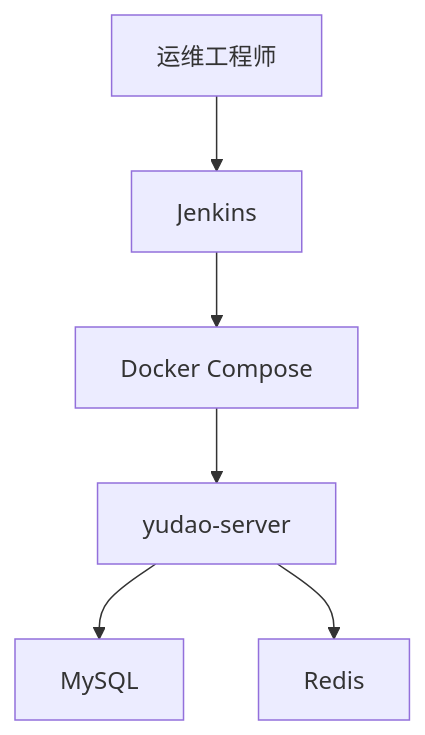
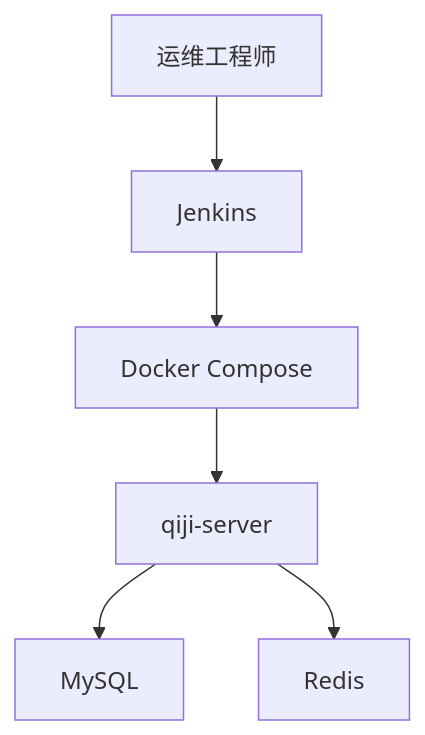
One commit to zhuangpengLI/AgenticCPS changed the second of 5 diagrams in backend/.qoder/repowiki/zh/content/部署与运维/运维管理.md. Above: the diagram before and after it, drawn with Mermaid. The commit also changed other lines of this file and 3489 other files, not shown here.

````diff
--- a/backend/.qoder/repowiki/zh/content/部署与运维/运维管理.md
+++ b/backend/.qoder/repowiki/zh/content/部署与运维/运维管理.md
@@ -86,14 +86,14 @@
 ```mermaid
 graph TB
 U["运维工程师"]
 J["Jenkins"]
 D["Docker Compose"]
-S["yudao-server"]
+S["qiji-server"]
 DB["MySQL"]
 RC["Redis"]
 U --> J
 J --> D
 D --> S
 S --> DB
 S --> RC
 ```
````
